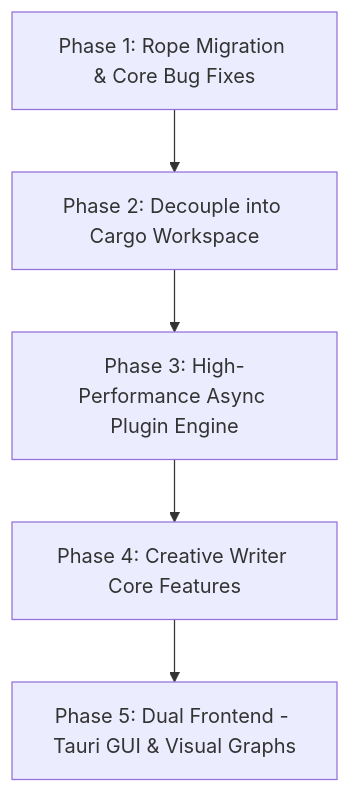
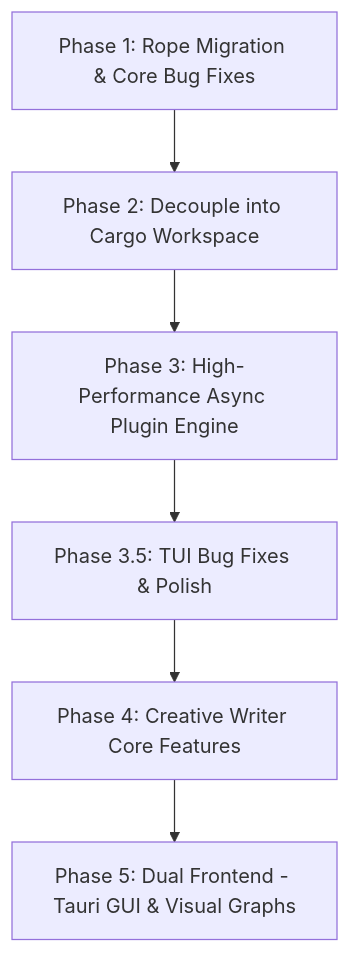
The diagram in PLAN.md (akshayrivers/Yonro-Text-Editor), drawn with Mermaid before and after one commit. The commit also changed other lines of this file and 9 other files, not shown here.

````diff
--- a/PLAN.md
+++ b/PLAN.md
@@ -21,7 +21,8 @@
 ```mermaid
 graph TD
     P1[Phase 1: Rope Migration & Core Bug Fixes] --> P2[Phase 2: Decouple into Cargo Workspace]
     P2 --> P3[Phase 3: High-Performance Async Plugin Engine]
-    P3 --> P4[Phase 4: Creative Writer Core Features]
+    P3 --> P35[Phase 3.5: TUI Bug Fixes & Polish]
+    P35 --> P4[Phase 4: Creative Writer Core Features]
     P4 --> P5[Phase 5: Dual Frontend - Tauri GUI & Visual Graphs]
 ```
````
